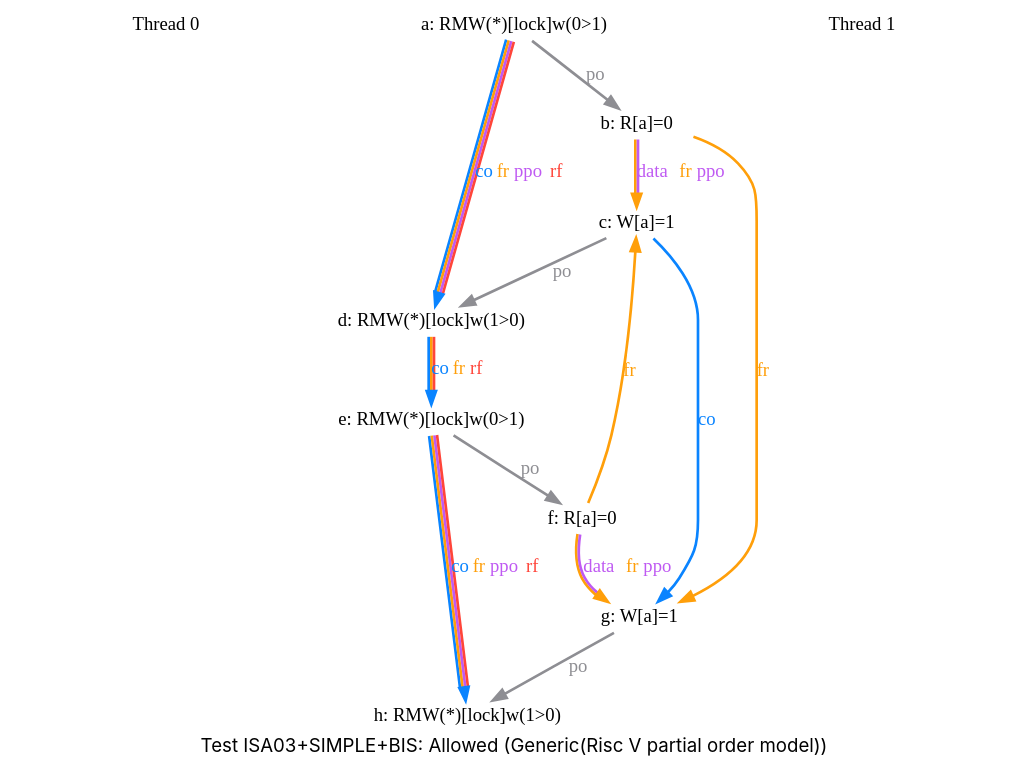
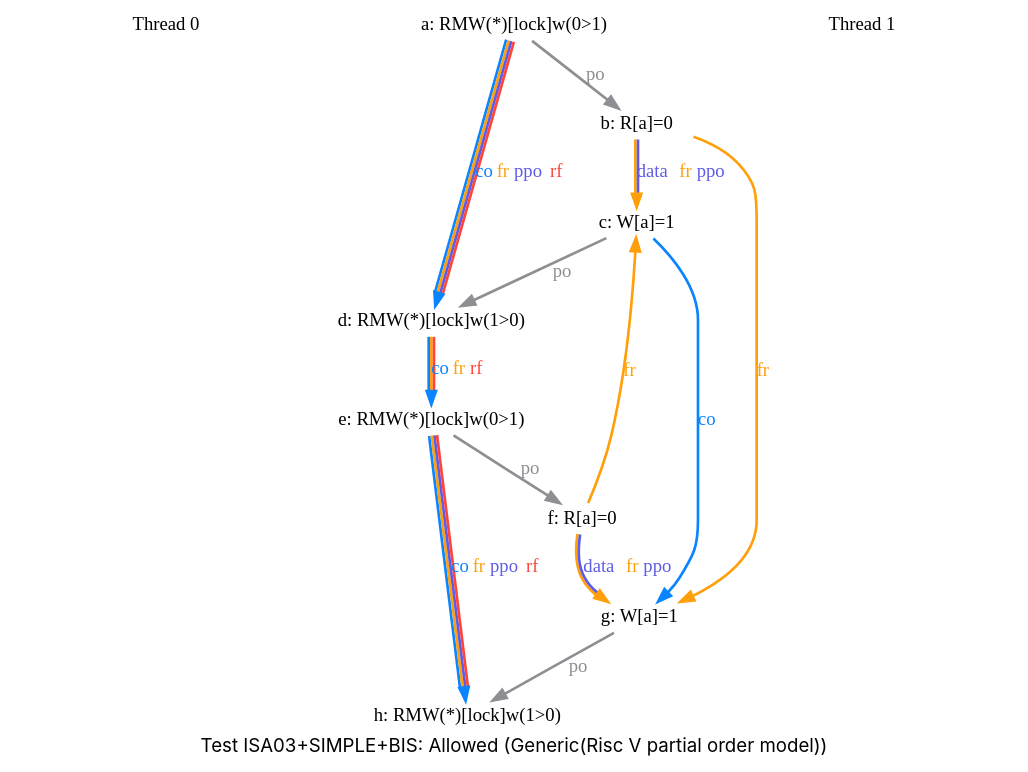
The diagram in docs/memory-order/_assets/images/dark/ISA03+SIMPLE+BIS/graph_01.dot (jiangshengdev/rcore), drawn with Graphviz before and after one commit. The commit also changed 104 other files, not shown here.

```diff
--- a/docs/memory-order/_assets/images/dark/ISA03+SIMPLE+BIS/graph_01.dot
+++ b/docs/memory-order/_assets/images/dark/ISA03+SIMPLE+BIS/graph_01.dot
@@ -1,46 +1,46 @@
 digraph G {
 
 splines=spline;
 pad="0.000000";
 fontname="SF Pro Display";
 
 /* legend */
 fontsize=14;
 label="Test ISA03+SIMPLE+BIS: Allowed (Generic(Risc V partial order model))";
 
 
 /* the unlocked events */
 proc0_label_node [shape=none, fontsize=14, label="Thread 0", pos="1.000000,4.050000!", fixedsize=true, width=3.250000, height=0.281250]
 eiid0 [label="a: RMW(*)[lock]w(0>1)", shape="none", fontsize=14, pos="1.000000,3.375000!", fixedsize="false", height="0.194444", width="3.500000"];
 eiid1 [label="b: R[a]=0", shape="none", fontsize=14, pos="1.000000,2.250000!", fixedsize="false", height="0.194444", width="1.166667"];
 eiid2 [label="c: W[a]=1", shape="none", fontsize=14, pos="1.000000,1.125000!", fixedsize="false", height="0.194444", width="1.166667"];
 eiid3 [label="d: RMW(*)[lock]w(1>0)", shape="none", fontsize=14, pos="1.000000,0.000000!", fixedsize="false", height="0.194444", width="3.500000"];
 proc1_label_node [shape=none, fontsize=14, label="Thread 1", pos="6.000000,4.050000!", fixedsize=true, width=3.250000, height=0.281250]
 eiid4 [label="e: RMW(*)[lock]w(0>1)", shape="none", fontsize=14, pos="6.000000,3.375000!", fixedsize="false", height="0.194444", width="3.500000"];
 eiid5 [label="f: R[a]=0", shape="none", fontsize=14, pos="6.000000,2.250000!", fixedsize="false", height="0.194444", width="1.166667"];
 eiid6 [label="g: W[a]=1", shape="none", fontsize=14, pos="6.000000,1.125000!", fixedsize="false", height="0.194444", width="1.166667"];
 eiid7 [label="h: RMW(*)[lock]w(1>0)", shape="none", fontsize=14, pos="6.000000,0.000000!", fixedsize="false", height="0.194444", width="3.500000"];
 
 /* the intra_causality_data edges */
 
 
 /* the intra_causality_control edges */
 
 /* the poi edges */
 /* the rfmap edges */
 
 
 /* The viewed-before edges */
 eiid0 -> eiid1 [label=<<font color="#8E8E93">po</font>>, color="#8E8E93", fontsize=14, penwidth="2.000000", arrowsize="1.000000"];
-eiid0 -> eiid3 [label=<<font color="#0A84FF">co</font><font color="#FF9F0A">fr</font><font color="#BF5AF2">ppo</font><font color="#FF453A">rf</font>>, color="#0A84FF:#FF9F0A:#BF5AF2:#FF453A", fontsize=14, penwidth="2.000000", arrowsize="1.000000"];
-eiid1 -> eiid2 [label=<<font color="#BF5AF2">data</font><font color="#FF9F0A">fr</font><font color="#BF5AF2">ppo</font>>, color="#FF9F0A:#BF5AF2", fontsize=14, penwidth="2.000000", arrowsize="1.000000"];
+eiid0 -> eiid3 [label=<<font color="#0A84FF">co</font><font color="#FF9F0A">fr</font><font color="#5E5CE6">ppo</font><font color="#FF453A">rf</font>>, color="#0A84FF:#FF9F0A:#5E5CE6:#FF453A", fontsize=14, penwidth="2.000000", arrowsize="1.000000"];
+eiid1 -> eiid2 [label=<<font color="#5E5CE6">data</font><font color="#FF9F0A">fr</font><font color="#5E5CE6">ppo</font>>, color="#FF9F0A:#5E5CE6", fontsize=14, penwidth="2.000000", arrowsize="1.000000"];
 eiid1 -> eiid6 [label=<<font color="#FF9F0A">fr</font>>, color="#FF9F0A", fontsize=14, penwidth="2.000000", arrowsize="1.000000"];
 eiid2 -> eiid3 [label=<<font color="#8E8E93">po</font>>, color="#8E8E93", fontsize=14, penwidth="2.000000", arrowsize="1.000000"];
 eiid2 -> eiid6 [label=<<font color="#0A84FF">co</font>>, color="#0A84FF", fontsize=14, penwidth="2.000000", arrowsize="1.000000"];
 eiid3 -> eiid4 [label=<<font color="#0A84FF">co</font><font color="#FF9F0A">fr</font><font color="#FF453A">rf</font>>, color="#0A84FF:#FF9F0A:#FF453A", fontsize=14, penwidth="2.000000", arrowsize="1.000000"];
 eiid4 -> eiid5 [label=<<font color="#8E8E93">po</font>>, color="#8E8E93", fontsize=14, penwidth="2.000000", arrowsize="1.000000"];
-eiid4 -> eiid7 [label=<<font color="#0A84FF">co</font><font color="#FF9F0A">fr</font><font color="#BF5AF2">ppo</font><font color="#FF453A">rf</font>>, color="#0A84FF:#FF9F0A:#BF5AF2:#FF453A", fontsize=14, penwidth="2.000000", arrowsize="1.000000"];
+eiid4 -> eiid7 [label=<<font color="#0A84FF">co</font><font color="#FF9F0A">fr</font><font color="#5E5CE6">ppo</font><font color="#FF453A">rf</font>>, color="#0A84FF:#FF9F0A:#5E5CE6:#FF453A", fontsize=14, penwidth="2.000000", arrowsize="1.000000"];
 eiid5 -> eiid2 [label=<<font color="#FF9F0A">fr</font>>, color="#FF9F0A", fontsize=14, penwidth="2.000000", arrowsize="1.000000"];
-eiid5 -> eiid6 [label=<<font color="#BF5AF2">data</font><font color="#FF9F0A">fr</font><font color="#BF5AF2">ppo</font>>, color="#FF9F0A:#BF5AF2", fontsize=14, penwidth="2.000000", arrowsize="1.000000"];
+eiid5 -> eiid6 [label=<<font color="#5E5CE6">data</font><font color="#FF9F0A">fr</font><font color="#5E5CE6">ppo</font>>, color="#FF9F0A:#5E5CE6", fontsize=14, penwidth="2.000000", arrowsize="1.000000"];
 eiid6 -> eiid7 [label=<<font color="#8E8E93">po</font>>, color="#8E8E93", fontsize=14, penwidth="2.000000", arrowsize="1.000000"];
 }
```
